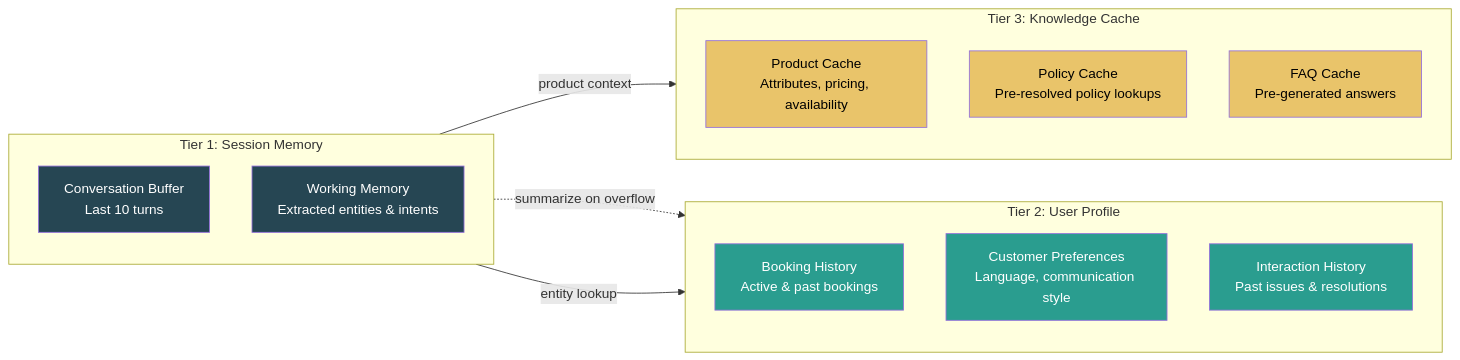
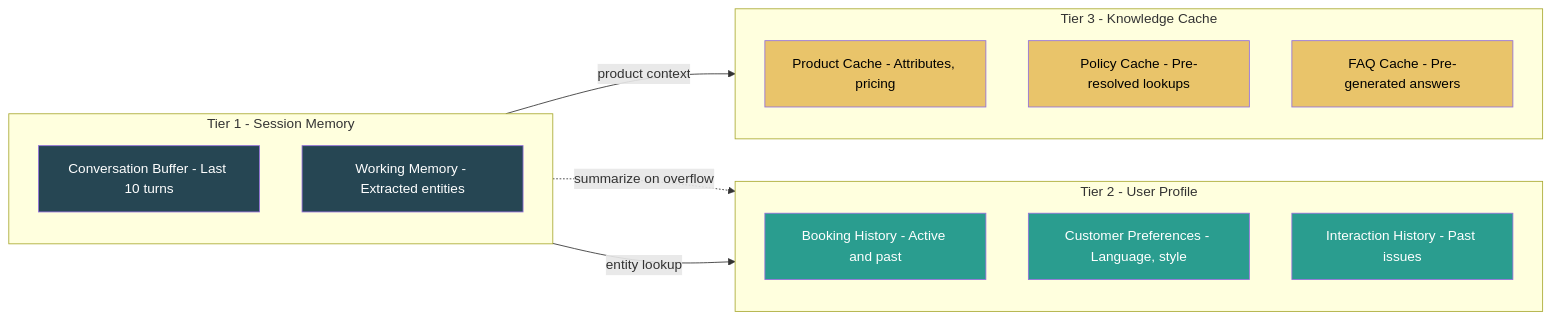
Before and after one commit to snehalnair/snehalnair.github.io: the second of 3 diagrams in _portfolio/portfolio-2.md, drawn with Mermaid. The commit also changed other lines of this file and 1 other file, not shown here.

First line of the commit message:
Fix Mermaid diagrams: use fenced code blocks with runtime conversion

````diff
--- a/_portfolio/portfolio-2.md
+++ b/_portfolio/portfolio-2.md
@@ -120,35 +120,35 @@
-<pre class="mermaid">
+```mermaid
 graph LR
-    subgraph Tier 1: Session Memory
+    subgraph Tier 1 - Session Memory
         direction TB
-        CB[Conversation Buffer<br/>Last 10 turns]
-        WM[Working Memory<br/>Extracted entities & intents]
+        CB[Conversation Buffer - Last 10 turns]
+        WM[Working Memory - Extracted entities]
     end
 
-    subgraph Tier 2: User Profile
+    subgraph Tier 2 - User Profile
         direction TB
-        BH[Booking History<br/>Active & past bookings]
-        CP[Customer Preferences<br/>Language, communication style]
-        IH[Interaction History<br/>Past issues & resolutions]
+        BH[Booking History - Active and past]
+        CP[Customer Preferences - Language, style]
+        IH[Interaction History - Past issues]
     end
 
-    subgraph Tier 3: Knowledge Cache
+    subgraph Tier 3 - Knowledge Cache
         direction TB
-        PC[Product Cache<br/>Attributes, pricing, availability]
-        PO[Policy Cache<br/>Pre-resolved policy lookups]
-        FC[FAQ Cache<br/>Pre-generated answers]
+        PC[Product Cache - Attributes, pricing]
+        PO[Policy Cache - Pre-resolved lookups]
+        FC[FAQ Cache - Pre-generated answers]
     end
 
     CB -.->|summarize on overflow| BH
     WM -->|entity lookup| BH
     WM -->|product context| PC
 
     style CB fill:#264653,color:#fff
     style WM fill:#264653,color:#fff
     style BH fill:#2a9d8f,color:#fff
     style CP fill:#2a9d8f,color:#fff
     style IH fill:#2a9d8f,color:#fff
     style PC fill:#e9c46a,color:#000
     style PO fill:#e9c46a,color:#000
     style FC fill:#e9c46a,color:#000
-</pre>
+```
````
